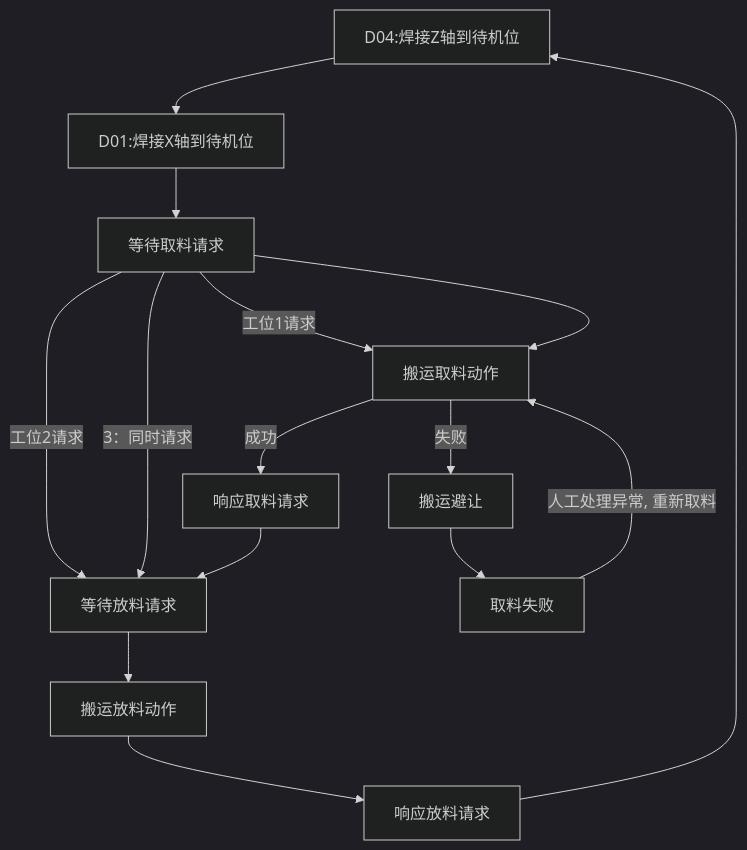
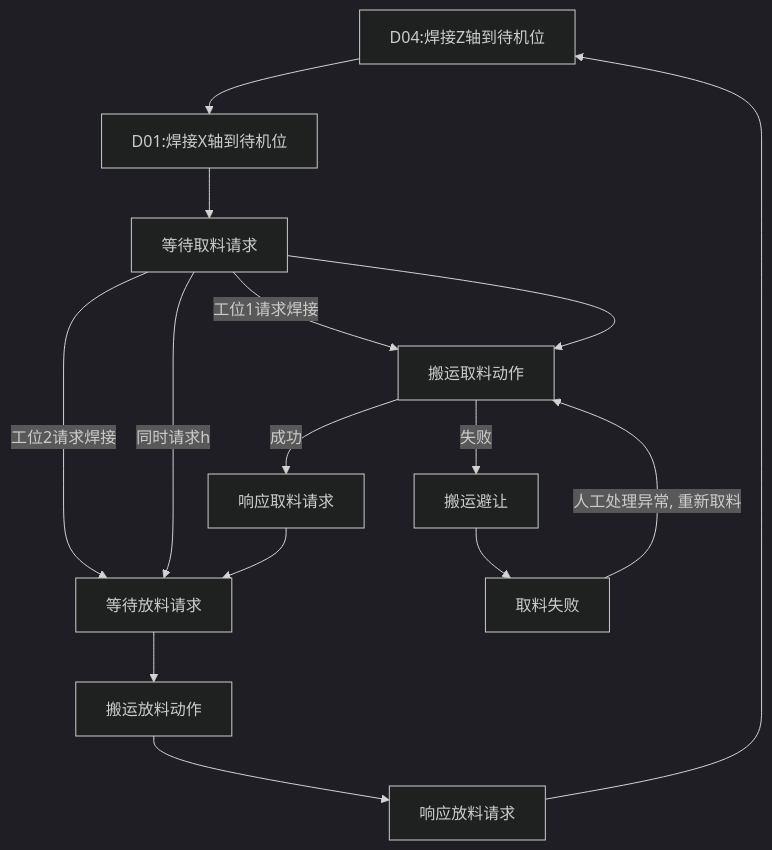
Before and after one commit to PengKun1/iodraw-files: the diagram in all/OP10焊接工位自动流程.md, drawn with Mermaid (dark theme).

Commit message:
2024-08-06 16:55:41 update

````diff
--- a/all/OP10焊接工位自动流程.md
+++ b/all/OP10焊接工位自动流程.md
@@ -1,19 +1,19 @@
 ```mermaid
 graph TD
 10[D04:焊接Z轴到待机位]-->20
 20[D01:焊接X轴到待机位]-->30
-30{等待请求焊接信号}-->|工位1请求|40
-30-->|工位2请求|60
-30-->|3：同时请求|60
+30{等待请求焊接信号}-->|工位1请求焊接|40
+30-->|工位2请求焊接|60
+30-->|同时请求h|60
 30[等待取料请求]-->40
 40[搬运取料动作]-->|成功|50
 40-->|失败|90
 50[响应取料请求]-->60
 60[等待放料请求]-->70
 70[搬运放料动作]-->80
 80[响应放料请求]-->10
 
 90[搬运避让]-->900
 
 900[取料失败]-->|人工处理异常, 重新取料|40
 ```
````
